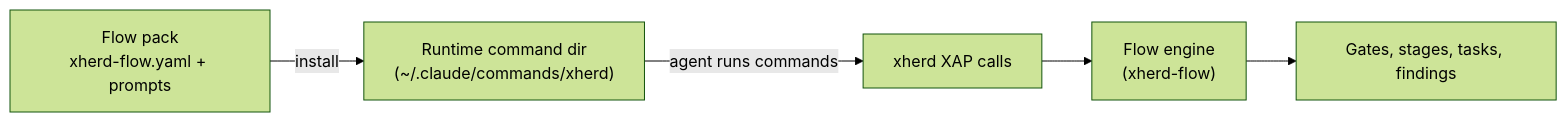
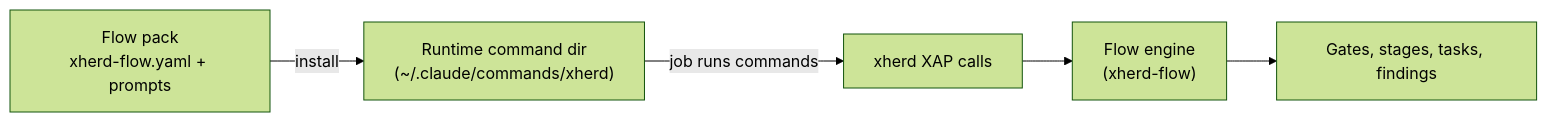
One commit to xionjames/xherd changed the fourth of 4 diagrams in doc/dev/architecture.md. Above: the diagram before and after it, drawn with Mermaid (forest theme). The commit also changed other lines of this file and 24 other files, not shown here.

````diff
--- a/doc/dev/architecture.md
+++ b/doc/dev/architecture.md
@@ -131,7 +131,7 @@
 ```mermaid
 flowchart LR
     Pack["Flow pack<br/>xherd-flow.yaml + prompts"] -->|install| RT["Runtime command dir<br/>(~/.claude/commands/xherd)"]
-    RT -->|agent runs commands| XAP["xherd XAP calls"]
+    RT -->|job runs commands| XAP["xherd XAP calls"]
     XAP --> Engine["Flow engine<br/>(xherd-flow)"]
     Engine --> Gates["Gates, stages, tasks, findings"]
 ```
````
